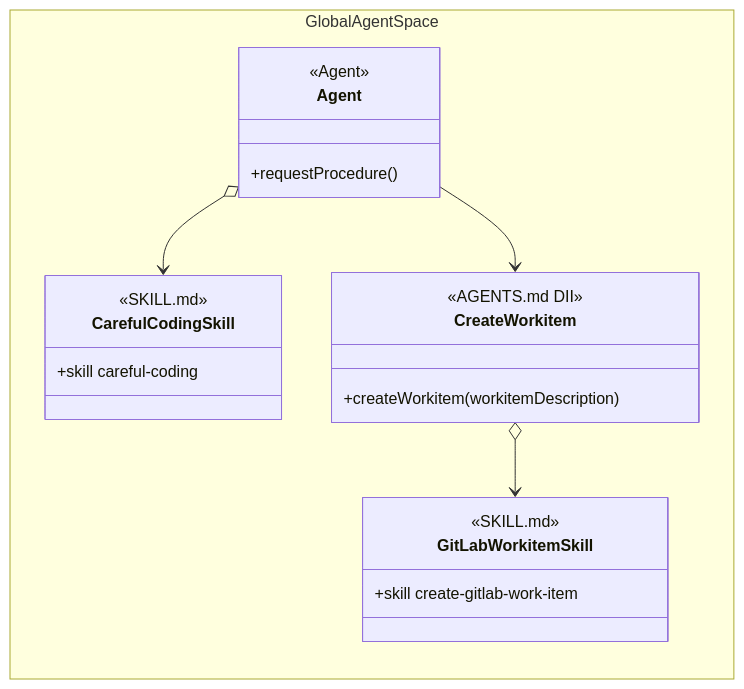
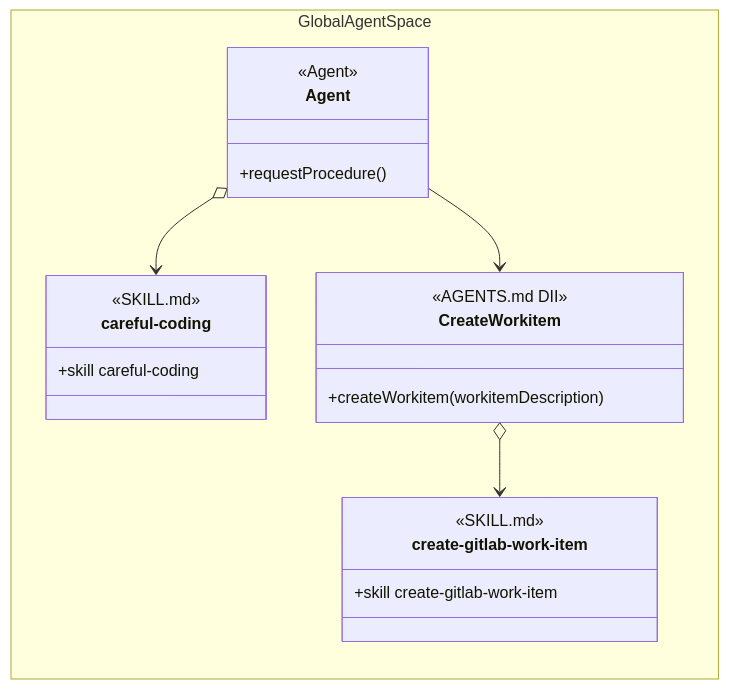
The first of 11 diagrams in design/object-oriented-agent-and-skill-model.md (martinbechard/dev-methodology), drawn with Mermaid before and after one commit. The commit also changed other lines of this file and 2 other files, not shown here.

Commit message:
Refine skill anatomy modeling

````diff
--- a/design/object-oriented-agent-and-skill-model.md
+++ b/design/object-oriented-agent-and-skill-model.md
@@ -60,32 +60,32 @@
 ```mermaid
 classDiagram
     direction LR
 
     namespace GlobalAgentSpace {
         class Agent {
             <<Agent>>
             +requestProcedure()
         }
 
         class CreateWorkitem {
             <<AGENTS.md DII>>
             +createWorkitem(workitemDescription)
         }
 
-        class GitLabWorkitemSkill {
+        class create-gitlab-work-item {
             <<SKILL.md>>
             <<Injectable Skill>>
             +skill create-gitlab-work-item
         }
 
-        class CarefulCodingSkill {
+        class careful-coding {
             <<SKILL.md>>
             <<Agent Skill>>
             +skill careful-coding
         }
     }
 
-    Agent o--> CarefulCodingSkill
+    Agent o--> careful-coding
     Agent --> CreateWorkitem
-    CreateWorkitem o--> GitLabWorkitemSkill
+    CreateWorkitem o--> create-gitlab-work-item
 ```
````
